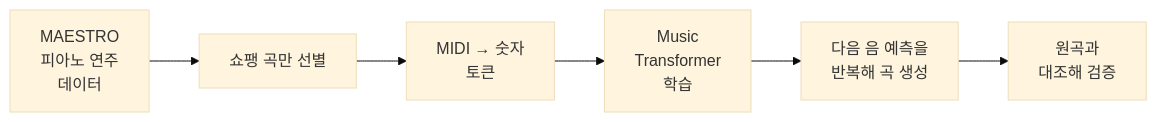
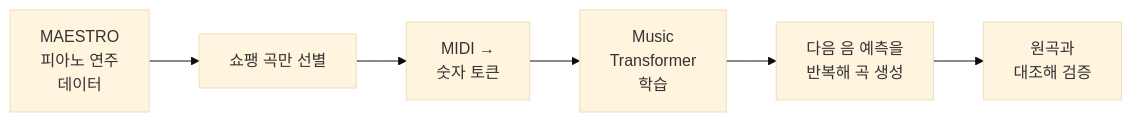
Before and after one commit to mjk022/portfolio: the diagram in MusicTransformer/README.md, drawn with Mermaid (base theme). The commit also changed 1 other file, not shown here.

Commit message:
다이어그램: MIDI 라벨 줄바꿈 위치 조정, 추천시스템 큰 상자 제목 짧게

````diff
--- a/MusicTransformer/README.md
+++ b/MusicTransformer/README.md
@@ -70,8 +70,8 @@
 ```mermaid
 flowchart LR
     A[MAESTRO<br/>피아노 연주<br/>데이터] --> B[쇼팽 곡만 선별]
-    B --> C[MIDI → 숫자<br/>토큰]
+    B --> C[MIDI →<br/>숫자 토큰]
     C --> D[Music<br/>Transformer<br/>학습]
     D --> G[다음 음 예측을<br/>반복해 곡 생성]
     G --> H[원곡과<br/>대조해 검증]
 ```
````
